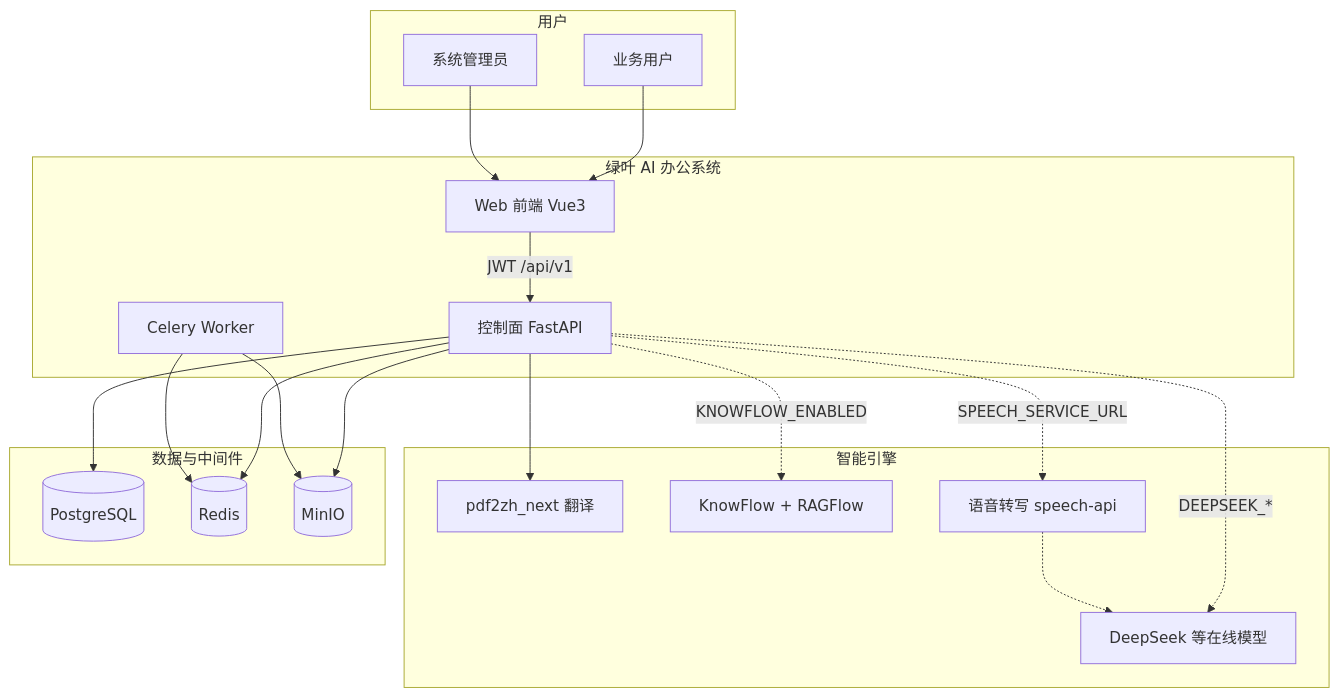
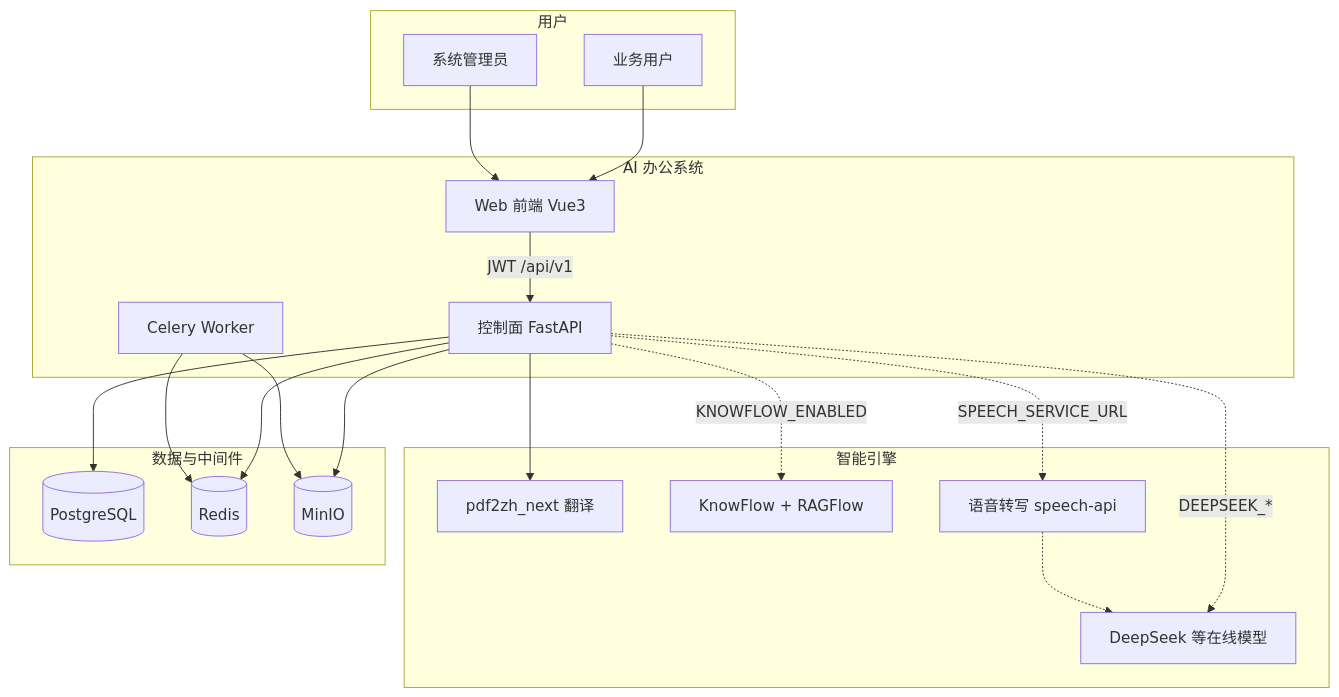
The first of 16 diagrams in docs/zh/development/system-architecture-overview.md (zhibinQiu/benxi), drawn with Mermaid before and after one commit. The commit also changed other lines of this file and 295 other files, not shown here.

````diff
--- a/docs/zh/development/system-architecture-overview.md
+++ b/docs/zh/development/system-architecture-overview.md
@@ -25,40 +25,40 @@
 ```mermaid
 flowchart TB
   subgraph users [用户]
     U1[业务用户]
     U2[系统管理员]
   end
 
-  subgraph system [绿叶 AI 办公系统]
+  subgraph system [AI 办公系统]
     FE[Web 前端 Vue3]
     API[控制面 FastAPI]
     WRK[Celery Worker]
   end
 
   subgraph engines [智能引擎]
     PDF[pdf2zh_next 翻译]
     KF[KnowFlow + RAGFlow]
     SP[语音转写 speech-api]
     LLM[DeepSeek 等在线模型]
   end
 
   subgraph data [数据与中间件]
     PG[(PostgreSQL)]
     RD[(Redis)]
     MN[(MinIO)]
   end
 
   U1 --> FE
   U2 --> FE
   FE -->|JWT /api/v1| API
   API --> PG
   API --> RD
   API --> MN
   WRK --> RD
   WRK --> MN
   API --> PDF
   API -.->|KNOWFLOW_ENABLED| KF
   API -.->|SPEECH_SERVICE_URL| SP
   API -.->|DEEPSEEK_*| LLM
   SP -.-> LLM
 ```
````
